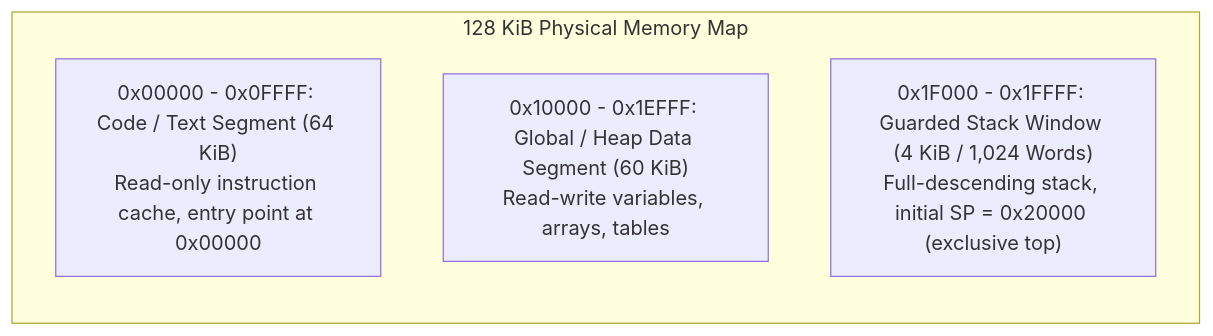
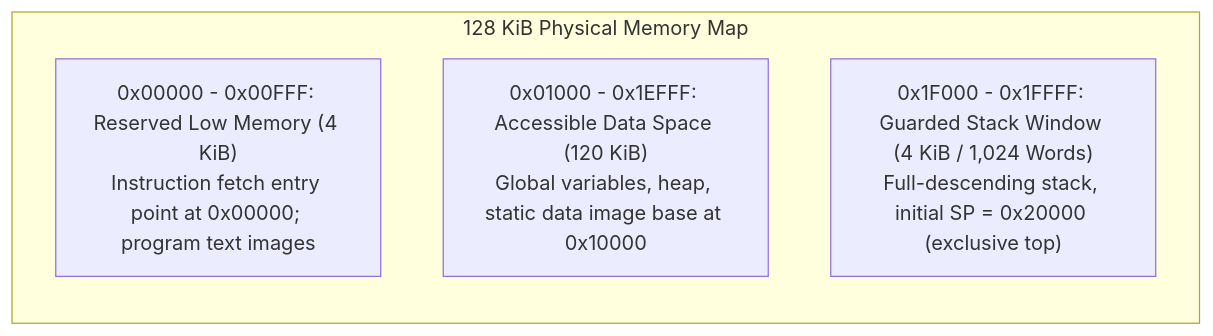
One commit to garv-iitr/Monolith changed the first of 3 diagrams in docs/memory_safety.md. Above: the diagram before and after it, drawn with Mermaid. The commit also changed other lines of this file and 13 other files, not shown here.

````diff
--- a/docs/memory_safety.md
+++ b/docs/memory_safety.md
@@ -13,9 +13,9 @@
 ```mermaid
 graph TD
     subgraph MemoryMapLayout [" 128 KiB Physical Memory Map "]
         direction TB
-        TEXT["0x00000 - 0x0FFFF: Code / Text Segment (64 KiB)<br/>Read-only instruction cache, entry point at 0x00000"]
-        DATA["0x10000 - 0x1EFFF: Global / Heap Data Segment (60 KiB)<br/>Read-write variables, arrays, tables"]
+        RESERVED["0x00000 - 0x00FFF: Reserved Low Memory (4 KiB)<br/>Instruction fetch entry point at 0x00000; program text images"]
+        DATA["0x01000 - 0x1EFFF: Accessible Data Space (120 KiB)<br/>Global variables, heap, static data image base at 0x10000"]
         STACK["0x1F000 - 0x1FFFF: Guarded Stack Window (4 KiB / 1,024 Words)<br/>Full-descending stack, initial SP = 0x20000 (exclusive top)"]
     end
 ```
````
